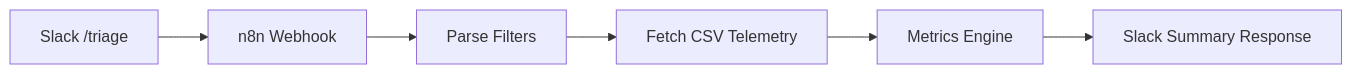
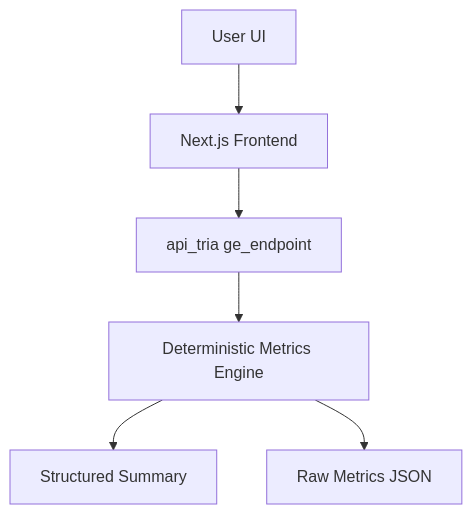
One commit to kganigap-291992/cdn-triage-bot changed the first of 3 diagrams in README.md. Above: the diagram before and after it, drawn with Mermaid.

````diff
--- a/README.md
+++ b/README.md
@@ -71,8 +71,8 @@
 ```mermaid
-flowchart LR
-    A[Slack /triage] --> B[n8n Webhook]
-    B --> C[Parse Filters]
-    C --> D[Fetch CSV Telemetry]
-    D --> E[Metrics Engine]
-    E --> F[Slack Summary Response]
+flowchart TD
+    A["User UI"] --> B["Next.js Frontend"]
+    B --> C["api_tria ge_endpoint"]
+    C --> D["Deterministic Metrics Engine"]
+    D --> E["Structured Summary"]
+    D --> F["Raw Metrics JSON"]
 ```
````
